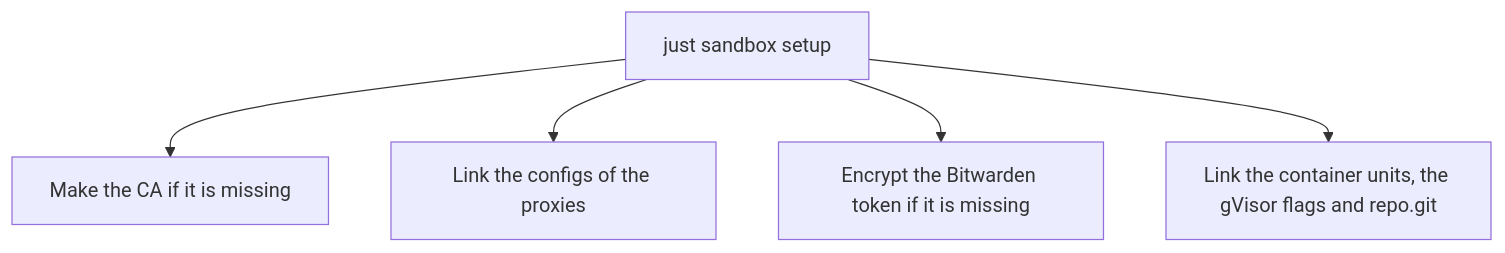
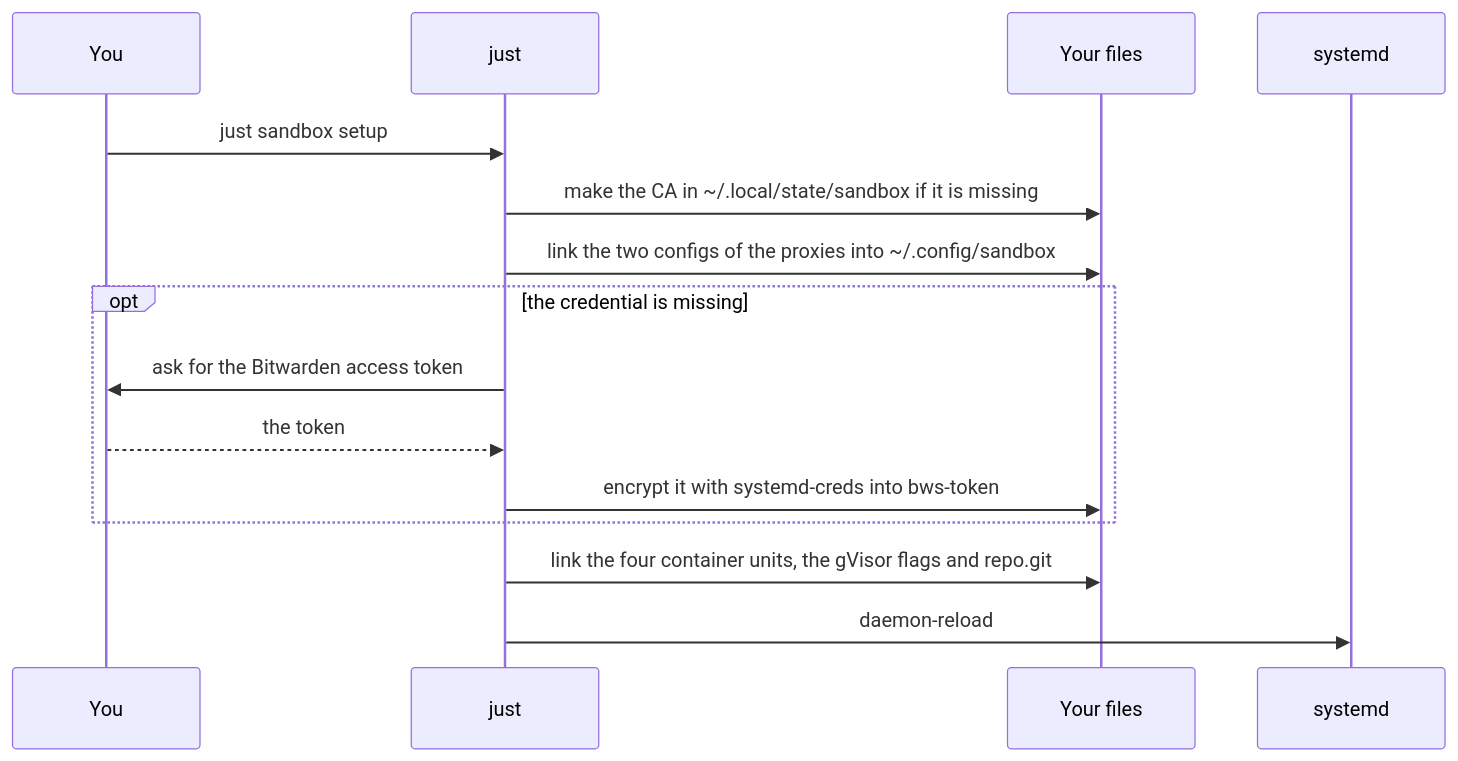
Before and after one commit to raghav19/engineersdaybook: the second of 8 diagrams in .sandbox/docs/internals.md, drawn with Mermaid. The commit also changed other lines of this file, not shown here.

First line of the commit message:
docs: show every flow as a sequence diagram

````diff
--- a/.sandbox/docs/internals.md
+++ b/.sandbox/docs/internals.md
@@ -87,7 +93,17 @@
 ```mermaid
-flowchart TD
-    A["just sandbox setup"] --> B["Make the CA if it is missing"]
-    A --> C["Link the configs of the proxies"]
-    A --> D["Encrypt the Bitwarden token if it is missing"]
-    A --> E["Link the container units, the gVisor flags and repo.git"]
+sequenceDiagram
+    participant You
+    participant just
+    participant Files as Your files
+    participant systemd
+    You->>just: just sandbox setup
+    just->>Files: make the CA in ~/.local/state/sandbox if it is missing
+    just->>Files: link the two configs of the proxies into ~/.config/sandbox
+    opt the credential is missing
+        just->>You: ask for the Bitwarden access token
+        You-->>just: the token
+        just->>Files: encrypt it with systemd-creds into bws-token
+    end
+    just->>Files: link the four container units, the gVisor flags and repo.git
+    just->>systemd: daemon-reload
 ```
````
